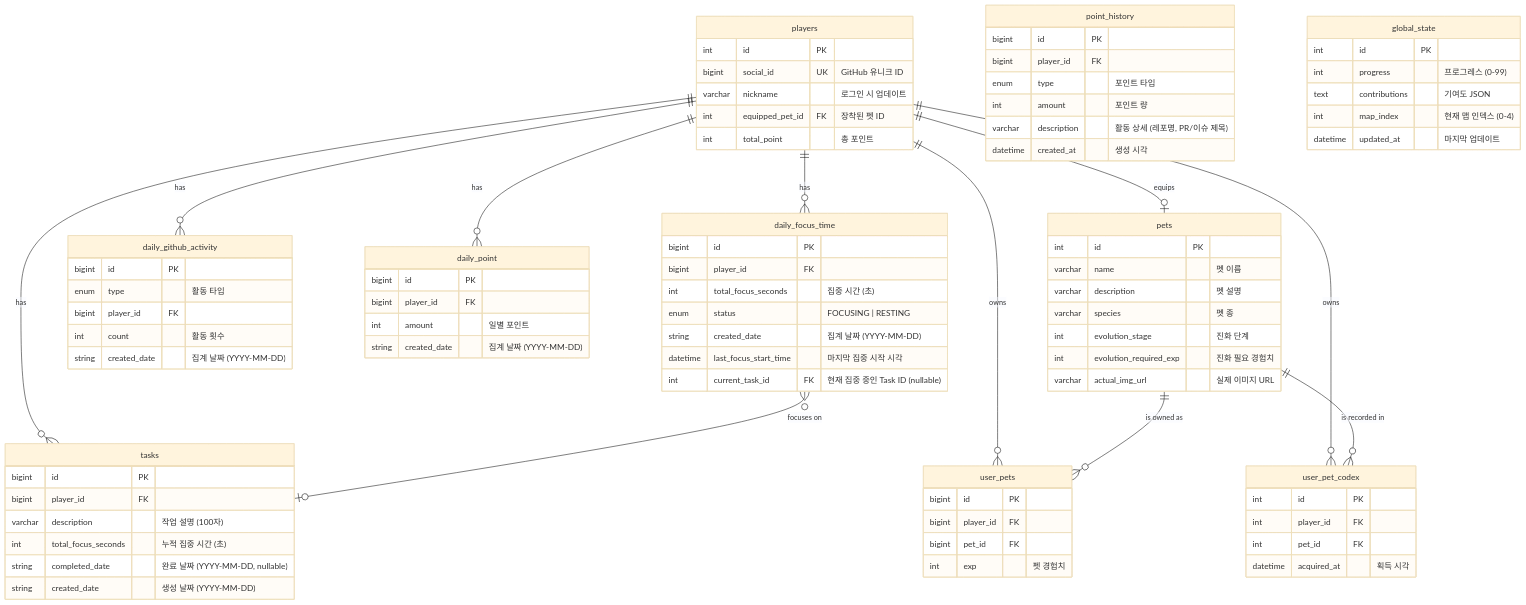
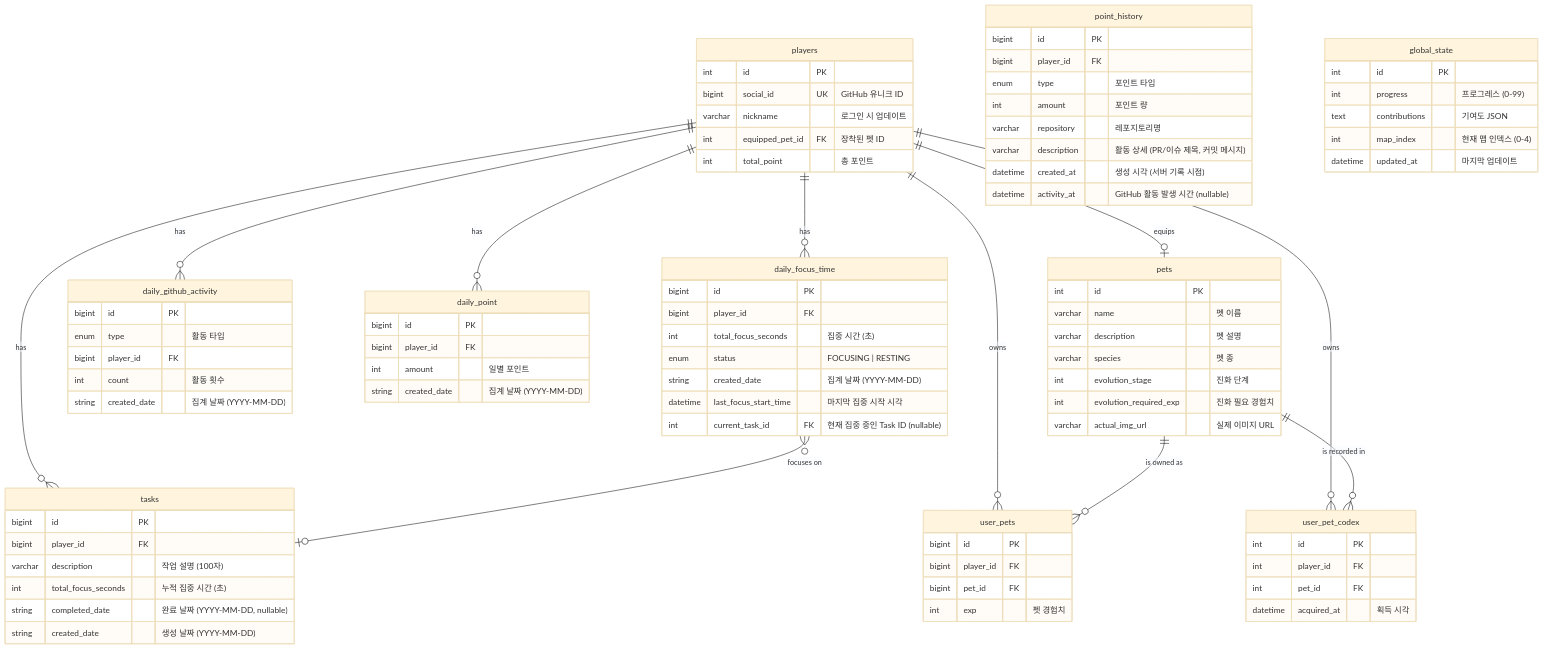
Before and after one commit to boostcampwm2025/web19-estrogenquattro: the diagram in docs/guides/ERD.md, drawn with Mermaid (base theme). The commit also changed other lines of this file, not shown here.

First line of the commit message:
docs: point_history 테이블 activity_at 컬럼 문서화

```diff
--- a/docs/guides/ERD.md
+++ b/docs/guides/ERD.md
@@ -85,8 +85,10 @@
         bigint player_id FK
         enum type "포인트 타입"
         int amount "포인트 량"
-        varchar description "활동 상세 (레포명, PR/이슈 제목)"
-        datetime created_at "생성 시각"
+        varchar repository "레포지토리명"
+        varchar description "활동 상세 (PR/이슈 제목, 커밋 메시지)"
+        datetime created_at "생성 시각 (서버 기록 시점)"
+        datetime activity_at "GitHub 활동 발생 시간 (nullable)"
     }
 
     user_pet_codex {
```
